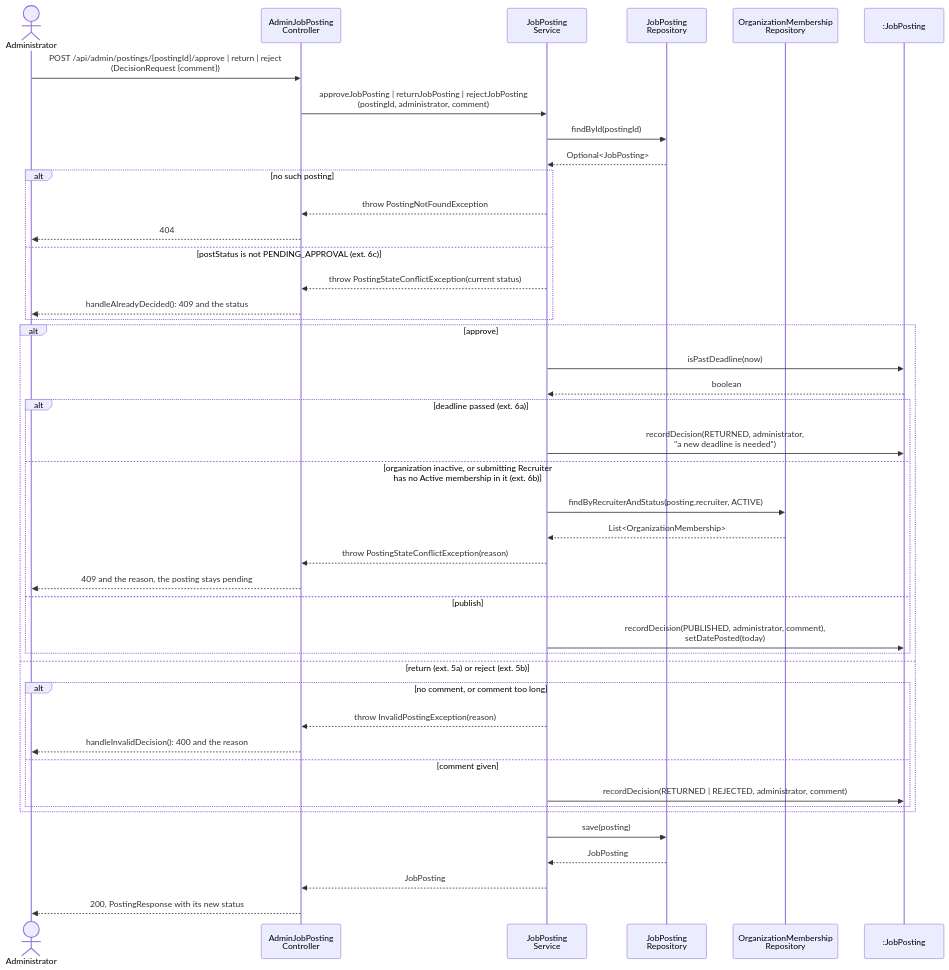
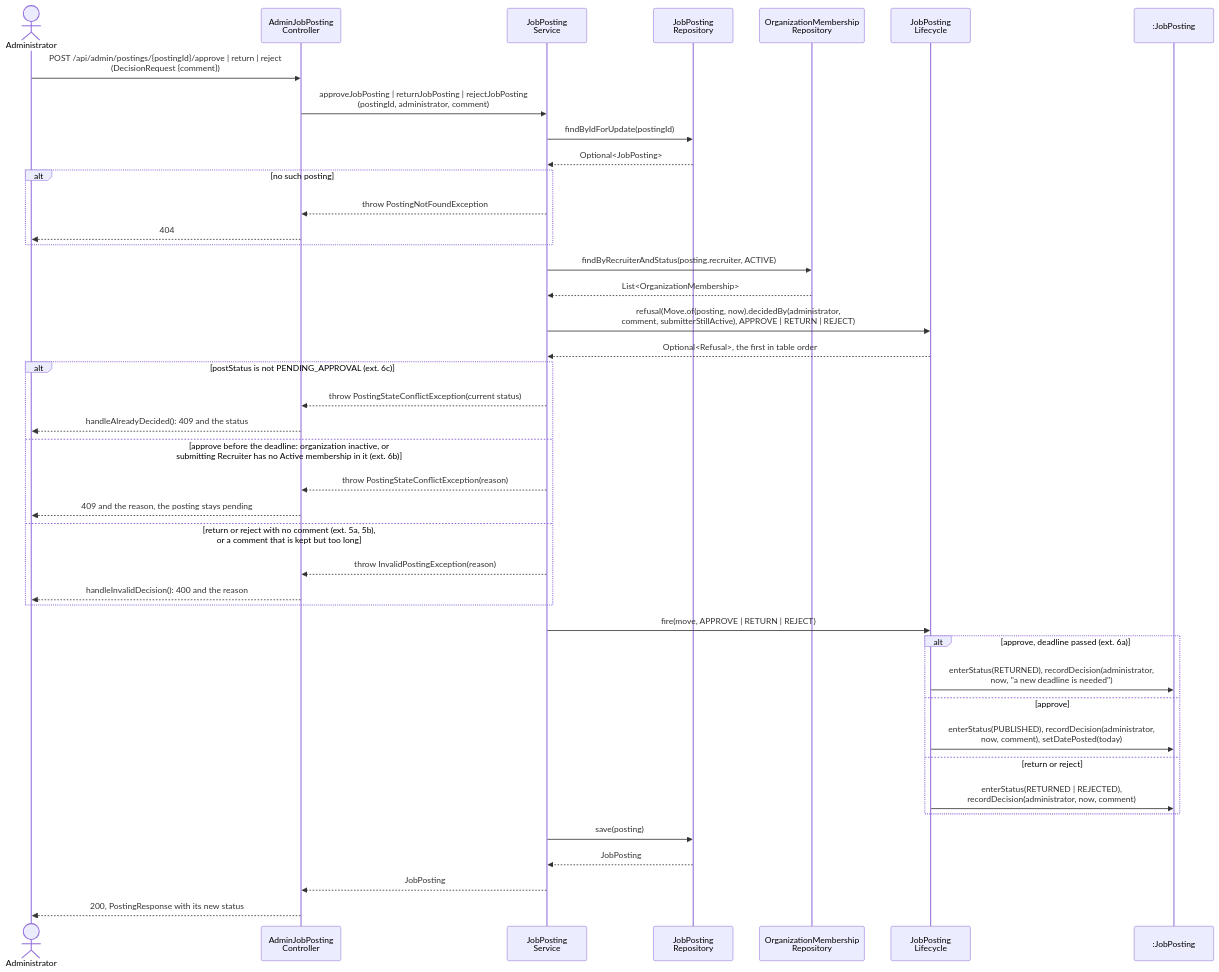
One commit to berdyshevol/careerbridge-csi5324 changed diagram 14 of 17 in spec/design.md. Above: the diagram before and after it, drawn with Mermaid. The commit also changed other lines of this file and 7 other files, not shown here.

Commit message:
SCRUM-268 Decisions check the state before the comment, lock their posting; ADR-0015, architecture and design follow the tables

````diff
--- a/spec/design.md
+++ b/spec/design.md
@@ -686,46 +694,45 @@
 ```mermaid
 sequenceDiagram
     actor A as Administrator
     participant AC as AdminJobPosting<br/>Controller
     participant JS as JobPosting<br/>Service
     participant JR as JobPosting<br/>Repository
     participant MR as OrganizationMembership<br/>Repository
+    participant L as JobPosting<br/>Lifecycle
     participant P as :JobPosting
 
     A->>AC: POST /api/admin/postings/{postingId}/approve | return | reject<br/>(DecisionRequest {comment})
     AC->>JS: approveJobPosting | returnJobPosting | rejectJobPosting<br/>(postingId, administrator, comment)
-    JS->>JR: findById(postingId)
+    JS->>JR: findByIdForUpdate(postingId)
     JR-->>JS: Optional<JobPosting>
     alt no such posting
         JS-->>AC: throw PostingNotFoundException
         AC-->>A: 404
-    else postStatus is not PENDING_APPROVAL (ext. 6c)
+    end
+    JS->>MR: findByRecruiterAndStatus(posting.recruiter, ACTIVE)
+    MR-->>JS: List<OrganizationMembership>
+    JS->>L: refusal(Move.of(posting, now).decidedBy(administrator,<br/>comment, submitterStillActive), APPROVE | RETURN | REJECT)
+    L-->>JS: Optional<Refusal>, the first in table order
+    alt postStatus is not PENDING_APPROVAL (ext. 6c)
         JS-->>AC: throw PostingStateConflictException(current status)
         AC-->>A: handleAlreadyDecided(): 409 and the status
+    else approve before the deadline: organization inactive, or<br/>submitting Recruiter has no Active membership in it (ext. 6b)
+        JS-->>AC: throw PostingStateConflictException(reason)
+        AC-->>A: 409 and the reason, the posting stays pending
+    else return or reject with no comment (ext. 5a, 5b),<br/>or a comment that is kept but too long
+        JS-->>AC: throw InvalidPostingException(reason)
+        AC-->>A: handleInvalidDecision(): 400 and the reason
     end
-    alt approve
-        JS->>P: isPastDeadline(now)
-        P-->>JS: boolean
-        alt deadline passed (ext. 6a)
-            JS->>P: recordDecision(RETURNED, administrator,<br/>"a new deadline is needed")
-        else organization inactive, or submitting Recruiter<br/>has no Active membership in it (ext. 6b)
-            JS->>MR: findByRecruiterAndStatus(posting.recruiter, ACTIVE)
-            MR-->>JS: List<OrganizationMembership>
-            JS-->>AC: throw PostingStateConflictException(reason)
-            AC-->>A: 409 and the reason, the posting stays pending
-        else publish
-            JS->>P: recordDecision(PUBLISHED, administrator, comment),<br/>setDatePosted(today)
-        end
-    else return (ext. 5a) or reject (ext. 5b)
-        alt no comment, or comment too long
-            JS-->>AC: throw InvalidPostingException(reason)
-            AC-->>A: handleInvalidDecision(): 400 and the reason
-        else comment given
-            JS->>P: recordDecision(RETURNED | REJECTED, administrator, comment)
-        end
+    JS->>L: fire(move, APPROVE | RETURN | REJECT)
+    alt approve, deadline passed (ext. 6a)
+        L->>P: enterStatus(RETURNED), recordDecision(administrator,<br/>now, "a new deadline is needed")
+    else approve
+        L->>P: enterStatus(PUBLISHED), recordDecision(administrator,<br/>now, comment), setDatePosted(today)
+    else return or reject
+        L->>P: enterStatus(RETURNED | REJECTED),<br/>recordDecision(administrator, now, comment)
     end
     JS->>JR: save(posting)
     JR-->>JS: JobPosting
     JS-->>AC: JobPosting
     AC-->>A: 200, PostingResponse with its new status
 ```
````
